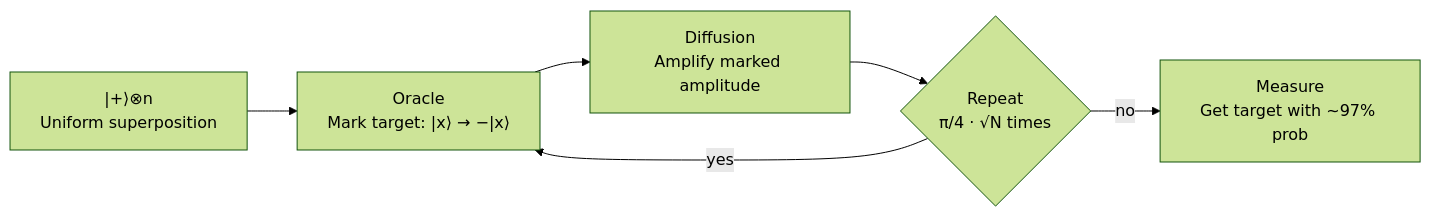
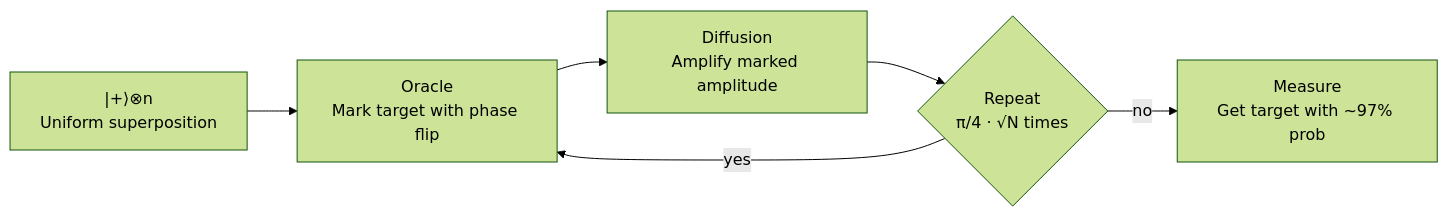
Diagram 15 of 15 in README.md (abhishekpanthee/quantum-database), drawn with Mermaid (forest theme) before and after one commit. The commit also changed other lines of this file and 2 other files, not shown here.

Commit message:
fix: Correct Mermaid diagram rendering for GitHub

````diff
--- a/README.md
+++ b/README.md
@@ -980,8 +980,8 @@
 ```mermaid
 flowchart LR
-    INIT["|+⟩⊗n<br/>Uniform superposition"] --> ORACLE["Oracle<br/>Mark target: |x⟩ → −|x⟩"]
+    INIT["#124;+⟩⊗n<br/>Uniform superposition"] --> ORACLE["Oracle<br/>Mark target with phase flip"]
     ORACLE --> DIFF["Diffusion<br/>Amplify marked amplitude"]
     DIFF --> REPEAT{"Repeat<br/>π/4 · √N times"}
     REPEAT -->|yes| ORACLE
     REPEAT -->|no| MEASURE["Measure<br/>Get target with ~97% prob"]
 ```
````
